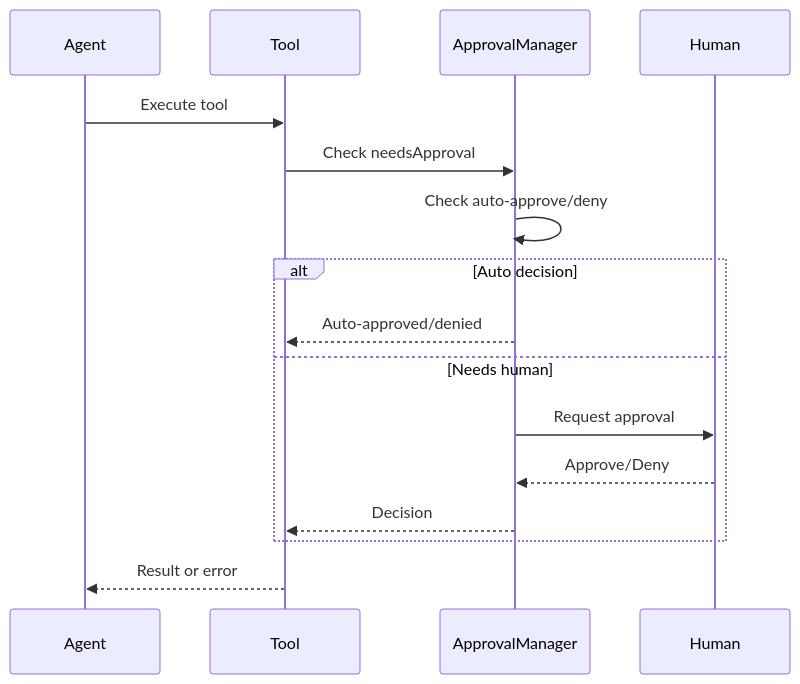
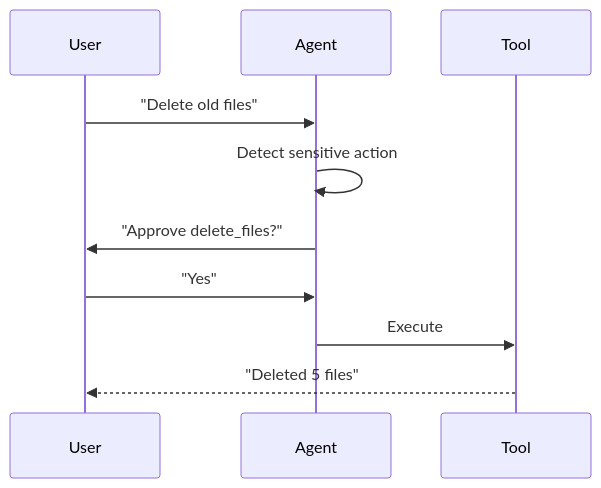
The second of 2 diagrams in docs/js/approval.mdx (MervinPraison/PraisonAIDocs), drawn with Mermaid before and after one commit. The commit also changed other lines of this file and 30 other files, not shown here.

````diff
--- a/docs/js/approval.mdx
+++ b/docs/js/approval.mdx
@@ -92,19 +66,13 @@
 ```mermaid
 sequenceDiagram
+    participant User
     participant Agent
     participant Tool
-    participant ApprovalManager
-    participant Human
     
-    Agent->>Tool: Execute tool
-    Tool->>ApprovalManager: Check needsApproval
-    ApprovalManager->>ApprovalManager: Check auto-approve/deny
-    alt Auto decision
-        ApprovalManager-->>Tool: Auto-approved/denied
-    else Needs human
-        ApprovalManager->>Human: Request approval
-        Human-->>ApprovalManager: Approve/Deny
-        ApprovalManager-->>Tool: Decision
-    end
-    Tool-->>Agent: Result or error
+    User->>Agent: "Delete old files"
+    Agent->>Agent: Detect sensitive action
+    Agent->>User: "Approve delete_files?"
+    User->>Agent: "Yes"
+    Agent->>Tool: Execute
+    Tool-->>User: "Deleted 5 files"
 ```
````
